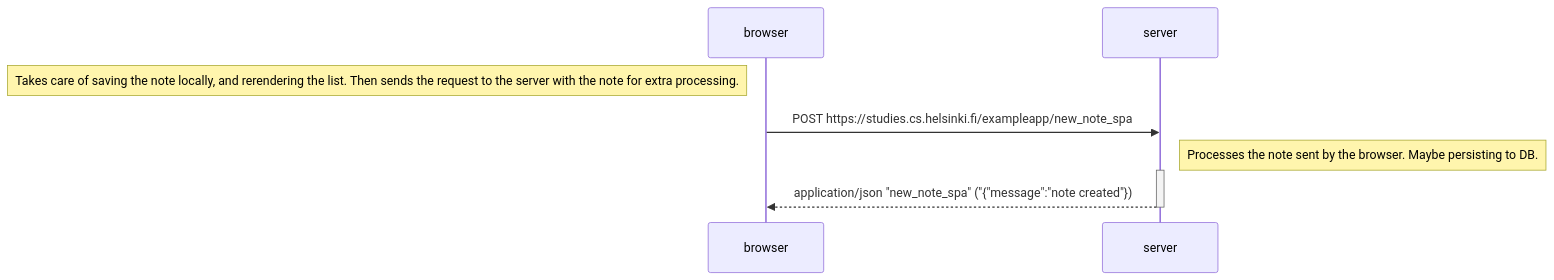
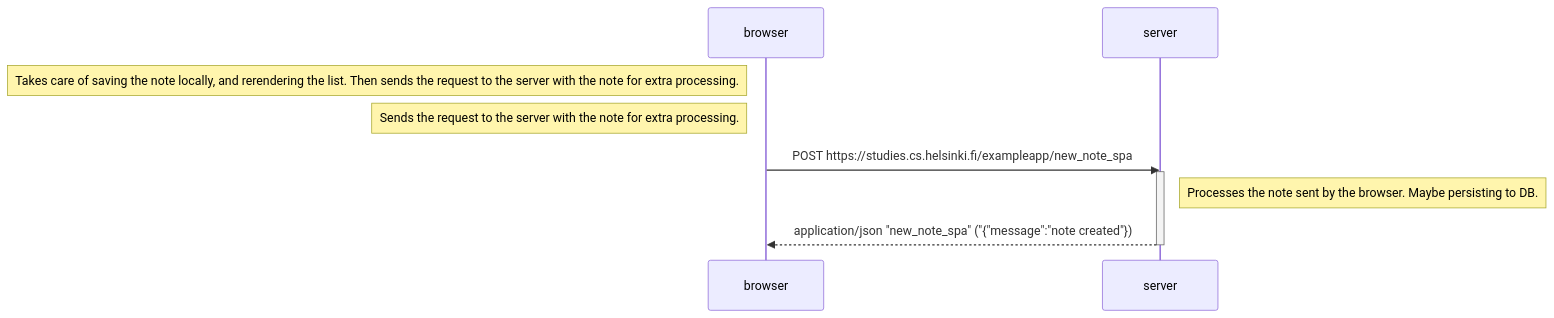
The diagram in Part0/Ex0.6.md (ignaciofrancesco/fullstack-open), drawn with Mermaid before and after one commit.

Commit message:
ADditio to ex 0.6

````diff
--- a/Part0/Ex0.6.md
+++ b/Part0/Ex0.6.md
@@ -1,12 +1,13 @@
 ```mermaid
     sequenceDiagram
         participant browser
         participant server
 
         Note left of browser: Takes care of saving the note locally, and rerendering the list. Then sends the request to the server with the note for extra processing.
+        Note left of browser: Sends the request to the server with the note for extra processing.
         browser->>server: POST https://studies.cs.helsinki.fi/exampleapp/new_note_spa
+        activate server
         Note right of server: Processes the note sent by the browser. Maybe persisting to DB.
-        activate server
         server-->>browser: application/json "new_note_spa" ("{"message":"note created"})
         deactivate server
 ```
````
